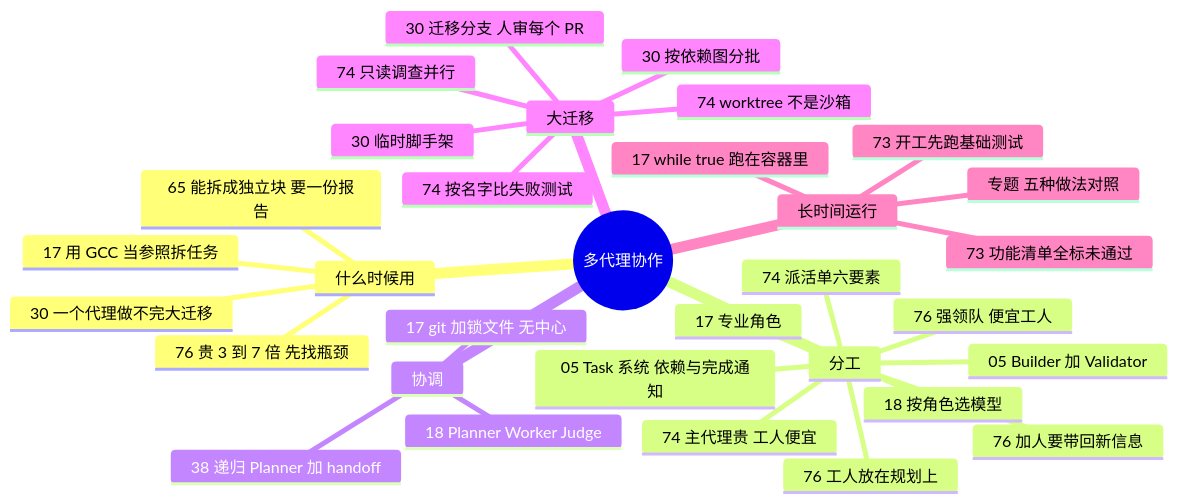
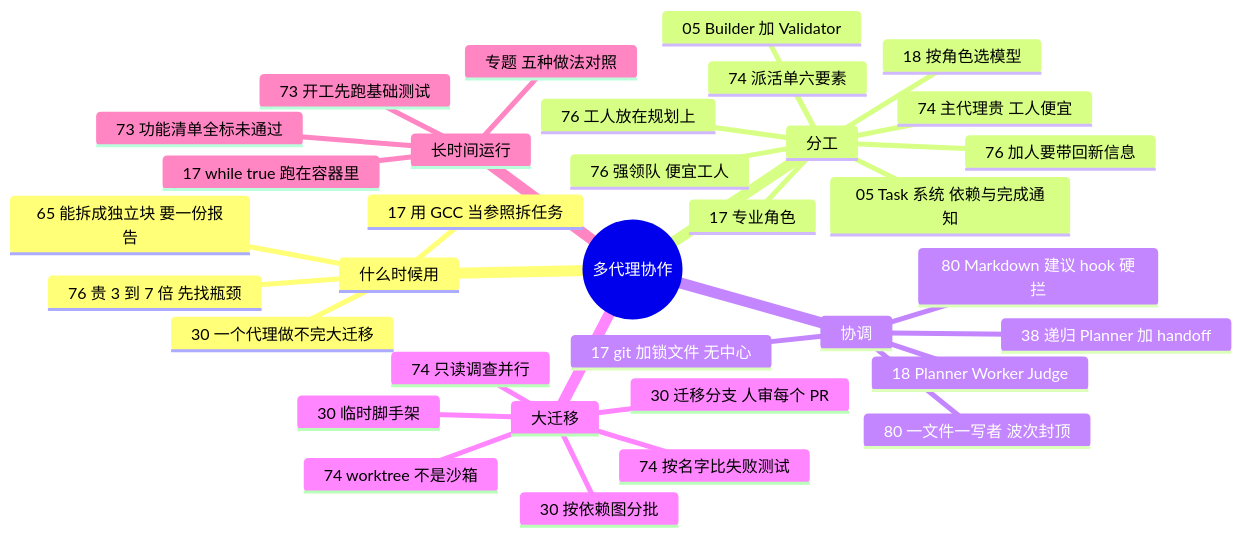
The diagram in docs/guide/multi.md (yzw7489757/ai-coding-videos), drawn with Mermaid before and after one commit. The commit also changed other lines of this file and 17 other files, not shown here.

````diff
--- a/docs/guide/multi.md
+++ b/docs/guide/multi.md
@@ -15,35 +15,37 @@
 ```mermaid
 mindmap
   root((多代理协作))
     什么时候用
       65 能拆成独立块 要一份报告
       17 用 GCC 当参照拆任务
       30 一个代理做不完大迁移
       76 贵 3 到 7 倍 先找瓶颈
     分工
       05 Builder 加 Validator
       05 Task 系统 依赖与完成通知
       17 专业角色
       18 按角色选模型
       74 主代理贵 工人便宜
       74 派活单六要素
       76 工人放在规划上
       76 强领队 便宜工人
       76 加人要带回新信息
     协调
       17 git 加锁文件 无中心
       18 Planner Worker Judge
       38 递归 Planner 加 handoff
+      80 Markdown 建议 hook 硬拦
+      80 一文件一写者 波次封顶
     大迁移
       30 迁移分支 人审每个 PR
       30 按依赖图分批
       30 临时脚手架
       74 按名字比失败测试
       74 只读调查并行
       74 worktree 不是沙箱
     长时间运行
       17 while true 跑在容器里
       73 功能清单全标未通过
       73 开工先跑基础测试
       专题 五种做法对照
 ```
````
